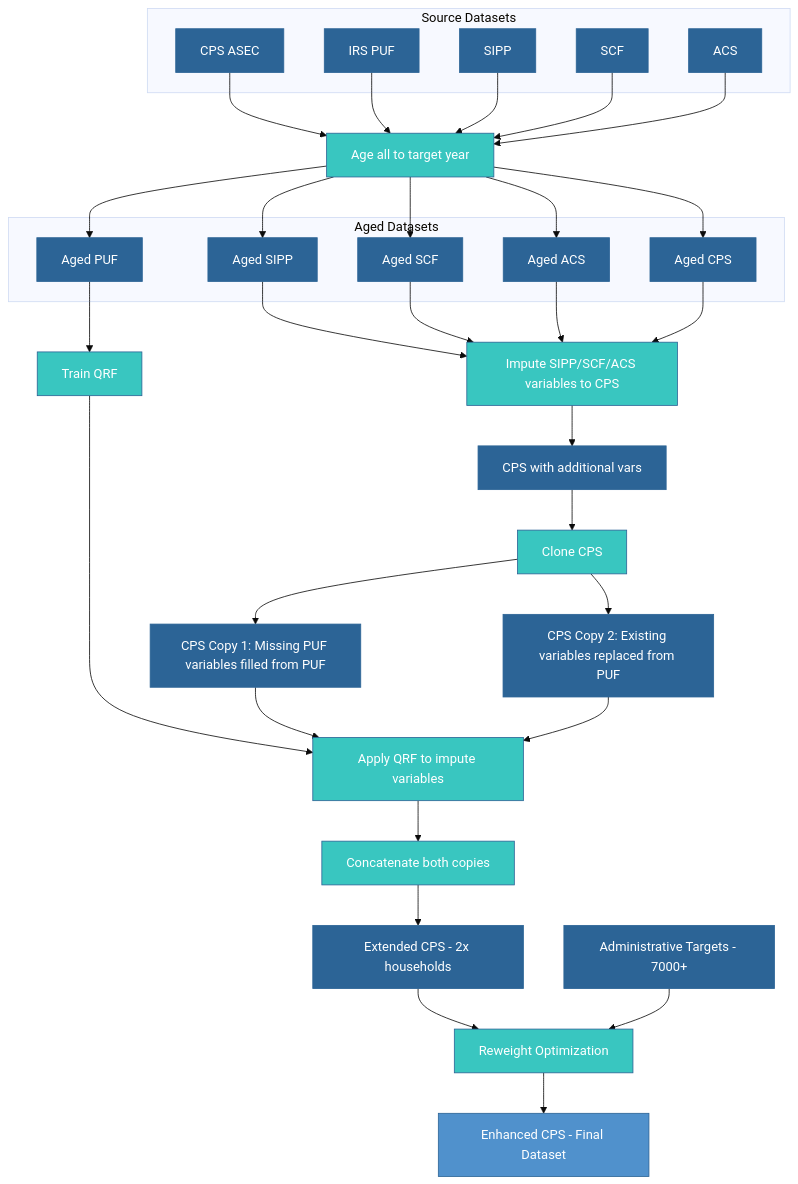
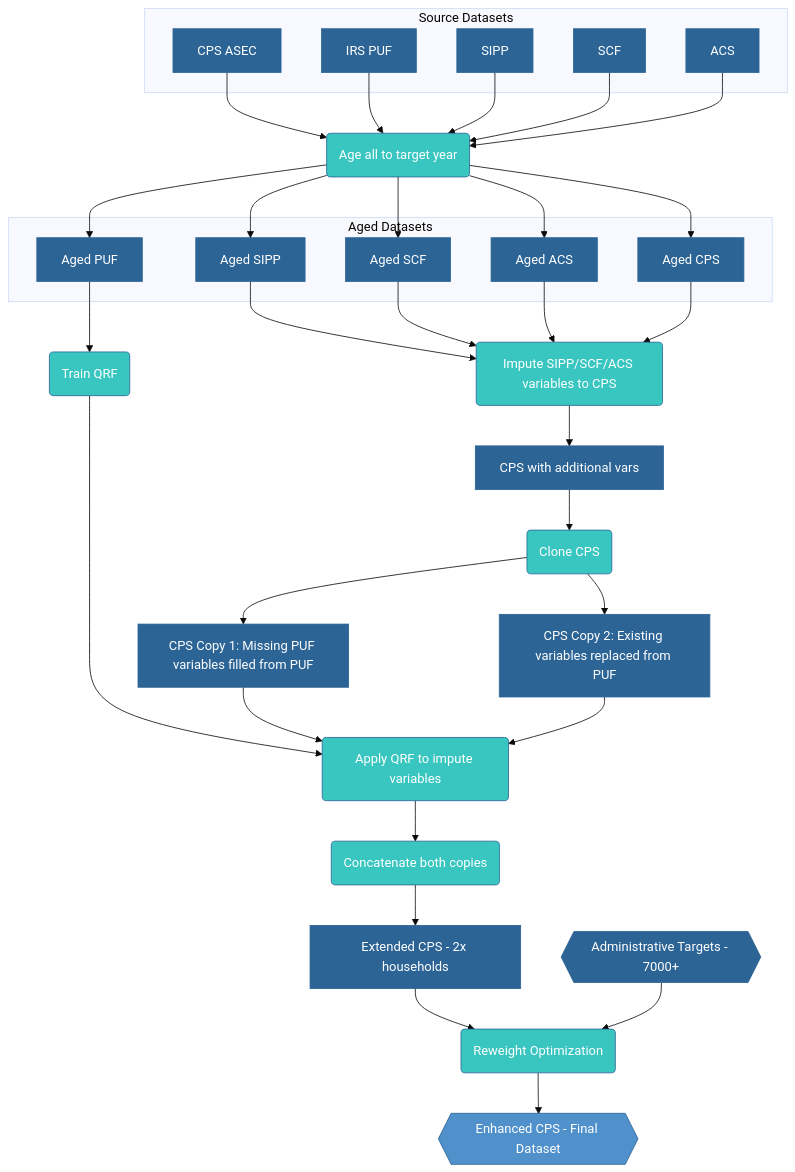
The diagram in docs/methodology.md (PolicyEngine/policyengine-us-data), drawn with Mermaid (base theme) before and after one commit.

Commit message:
Use different shapes for different node types in Mermaid diagram
- Rectangles for data nodes (datasets)
- Rounded rectangles for process nodes (transformations)
- Hexagons for special nodes (administrative targets and final output)
- Improves visual distinction between data and processes

````diff
--- a/docs/methodology.md
+++ b/docs/methodology.md
@@ -5,80 +5,80 @@
 ```mermaid
 graph TD
     subgraph src["Source Datasets"]
         CPS["CPS ASEC"]:::data
         PUF["IRS PUF"]:::data
         SIPP["SIPP"]:::data
         SCF["SCF"]:::data
         ACS["ACS"]:::data
     end
     
-    Age["Age all to target year"]:::process
+    Age("Age all to target year"):::process
     
     subgraph aged["Aged Datasets"]
         AgedCPS["Aged CPS"]:::data
         AgedPUF["Aged PUF"]:::data
         AgedSIPP["Aged SIPP"]:::data
         AgedSCF["Aged SCF"]:::data
         AgedACS["Aged ACS"]:::data
     end
     
-    ImpOther["Impute SIPP/SCF/ACS variables to CPS"]:::process
+    ImpOther("Impute SIPP/SCF/ACS variables to CPS"):::process
     UpdatedCPS["CPS with additional vars"]:::data
     
-    Clone["Clone CPS"]:::process
-    QRF["Train QRF"]:::process
+    Clone("Clone CPS"):::process
+    QRF("Train QRF"):::process
     
     Copy1["CPS Copy 1: Missing PUF variables filled from PUF"]:::data
     Copy2["CPS Copy 2: Existing variables replaced from PUF"]:::data
     
-    Impute["Apply QRF to impute variables"]:::process
+    Impute("Apply QRF to impute variables"):::process
     
-    Concat["Concatenate both copies"]:::process
+    Concat("Concatenate both copies"):::process
     
     Extended["Extended CPS - 2x households"]:::data
     
-    Targets["Administrative Targets - 7000+"]:::data
+    Targets{{"Administrative Targets - 7000+"}}:::data
     
-    Reweight["Reweight Optimization"]:::process
+    Reweight("Reweight Optimization"):::process
     
-    Enhanced["Enhanced CPS - Final Dataset"]:::output
+    Enhanced{{"Enhanced CPS - Final Dataset"}}:::output
     
     CPS --> Age
     PUF --> Age
     SIPP --> Age
     SCF --> Age
     ACS --> Age
     
     Age --> AgedCPS
     Age --> AgedPUF
     Age --> AgedSIPP
     Age --> AgedSCF
     Age --> AgedACS
     
     AgedSIPP --> ImpOther
     AgedSCF --> ImpOther
     AgedACS --> ImpOther
     AgedCPS --> ImpOther
     AgedPUF --> QRF
     
     ImpOther --> UpdatedCPS
     UpdatedCPS --> Clone
     
     Clone --> Copy1
     Clone --> Copy2
     
     QRF --> Impute
     Copy1 --> Impute
     Copy2 --> Impute
     
     Impute --> Concat
     Concat --> Extended
     
     Extended --> Reweight
     Targets --> Reweight
     Reweight --> Enhanced
     
     classDef data fill:#2C6496,stroke:#2C6496,color:#FFFFFF
     classDef process fill:#39C6C0,stroke:#2C6496,color:#FFFFFF
     classDef output fill:#5091CC,stroke:#2C6496,color:#FFFFFF
 ```
````
